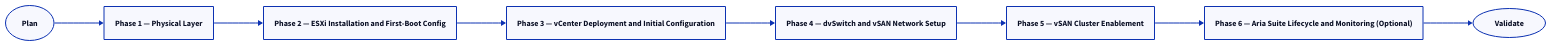
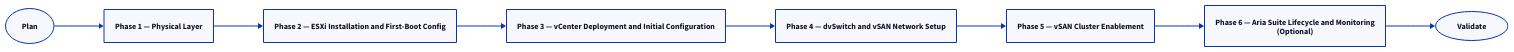
One commit to canast01/chris-kb changed the diagram in docs/virtualization/vmware/vsan/deploy/index.md. Above: the diagram before and after it, drawn with D2. The commit also changed 192 other files, not shown here.

````diff
--- a/docs/virtualization/vmware/vsan/deploy/index.md
+++ b/docs/virtualization/vmware/vsan/deploy/index.md
@@ -24,20 +24,20 @@
 ```d2
 direction: right
 
 plan: "Plan" {shape: oval}
 phase_1_physical_layer: "Phase 1 — Physical Layer" {shape: rectangle}
 phase_2_esxi_installation_and_firstb: "Phase 2 — ESXi Installation and First-Boot Config" {shape: rectangle}
 phase_3_vcenter_deployment_and_initi: "Phase 3 — vCenter Deployment and Initial Configuration" {shape: rectangle}
 phase_4_dvswitch_and_vsan_network_se: "Phase 4 — dvSwitch and vSAN Network Setup" {shape: rectangle}
 phase_5_vsan_cluster_enablement: "Phase 5 — vSAN Cluster Enablement" {shape: rectangle}
-phase_6_aria_suite_lifecycle_and_mon: "Phase 6 — Aria Suite Lifecycle and Monitoring (Optional)" {shape: rectangle}
+phase_6_aria_suite_lifecycle_and_mon: "Phase 6 — Aria Suite Lifecycle and Monitoring\n(Optional)" {shape: rectangle}
 validate: "Validate" {shape: oval}
 
 plan -> phase_1_physical_layer
 phase_1_physical_layer -> phase_2_esxi_installation_and_firstb
 phase_2_esxi_installation_and_firstb -> phase_3_vcenter_deployment_and_initi
 phase_3_vcenter_deployment_and_initi -> phase_4_dvswitch_and_vsan_network_se
 phase_4_dvswitch_and_vsan_network_se -> phase_5_vsan_cluster_enablement
 phase_5_vsan_cluster_enablement -> phase_6_aria_suite_lifecycle_and_mon
 phase_6_aria_suite_lifecycle_and_mon -> validate
 ```
````
